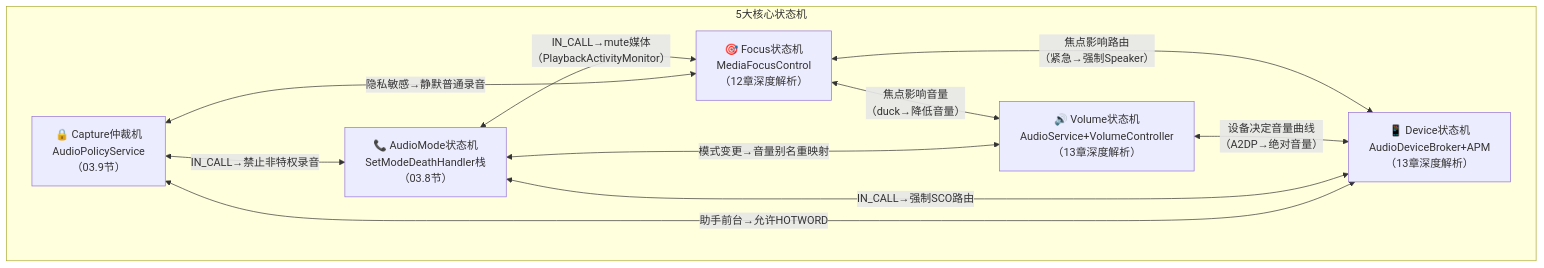
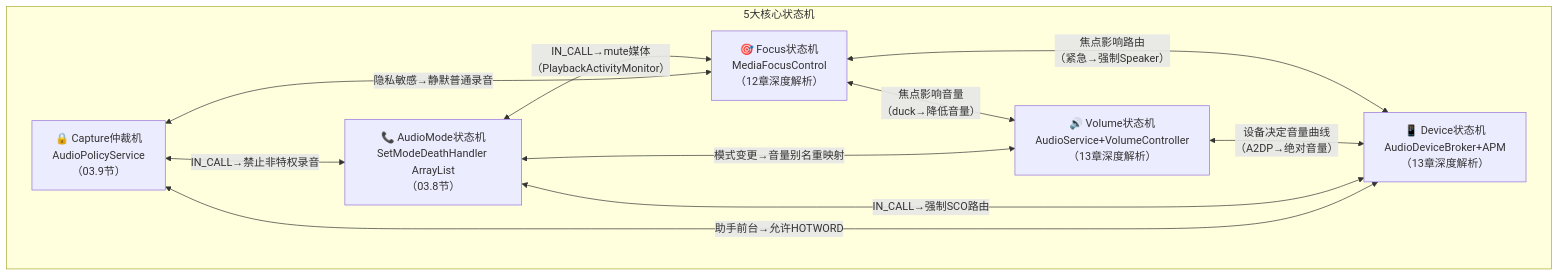
The diagram in 01_Architecture_Overview/01_1.4_五大核心状态机总览.md (yanglinzhen1022/SA8295_AAOS_QNX_Audio_KnowledgeBase), drawn with Mermaid before and after one commit. The commit also changed other lines of this file and 10 other files, not shown here.

````diff
--- a/01_Architecture_Overview/01_1.4_五大核心状态机总览.md
+++ b/01_Architecture_Overview/01_1.4_五大核心状态机总览.md
@@ -10,20 +10,20 @@
 ```mermaid
 graph TB
     subgraph "5大核心状态机"
         FOCUS["🎯 Focus状态机<br>MediaFocusControl<br>（12章深度解析）"]
         VOLUME["🔊 Volume状态机<br>AudioService+VolumeController<br>（13章深度解析）"]
         DEVICE["📱 Device状态机<br>AudioDeviceBroker+APM<br>（13章深度解析）"]
-        MODE["📞 AudioMode状态机<br>SetModeDeathHandler栈<br>（03.8节）"]
+        MODE["📞 AudioMode状态机<br>SetModeDeathHandler ArrayList<br>（03.8节）"]
         CAPTURE["🔒 Capture仲裁机<br>AudioPolicyService<br>（03.9节）"]
     end
 
     FOCUS <-->|"焦点影响音量<br>（duck→降低音量）"| VOLUME
     FOCUS <-->|"焦点影响路由<br>（紧急→强制Speaker）"| DEVICE
     VOLUME <-->|"设备决定音量曲线<br>（A2DP→绝对音量）"| DEVICE
     MODE <-->|"IN_CALL→强制SCO路由"| DEVICE
     MODE <-->|"IN_CALL→mute媒体<br>（PlaybackActivityMonitor）"| FOCUS
     MODE <-->|"模式变更→音量别名重映射"| VOLUME
     CAPTURE <-->|"IN_CALL→禁止非特权录音"| MODE
     CAPTURE <-->|"隐私敏感→静默普通录音"| FOCUS
     CAPTURE <-->|"助手前台→允许HOTWORD"| DEVICE
 ```
````
